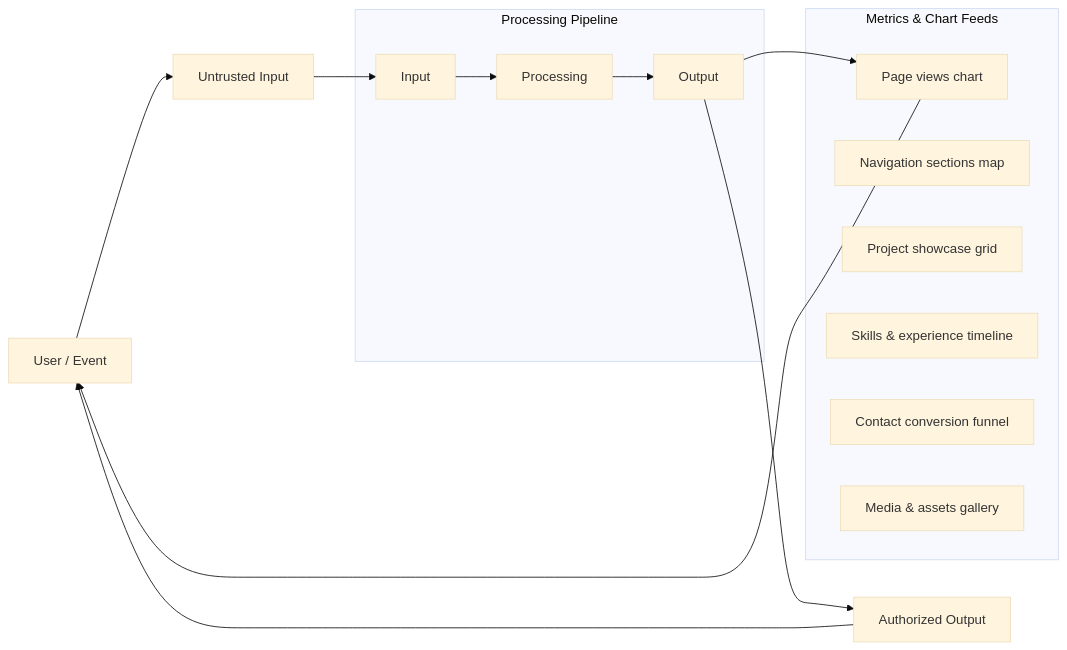
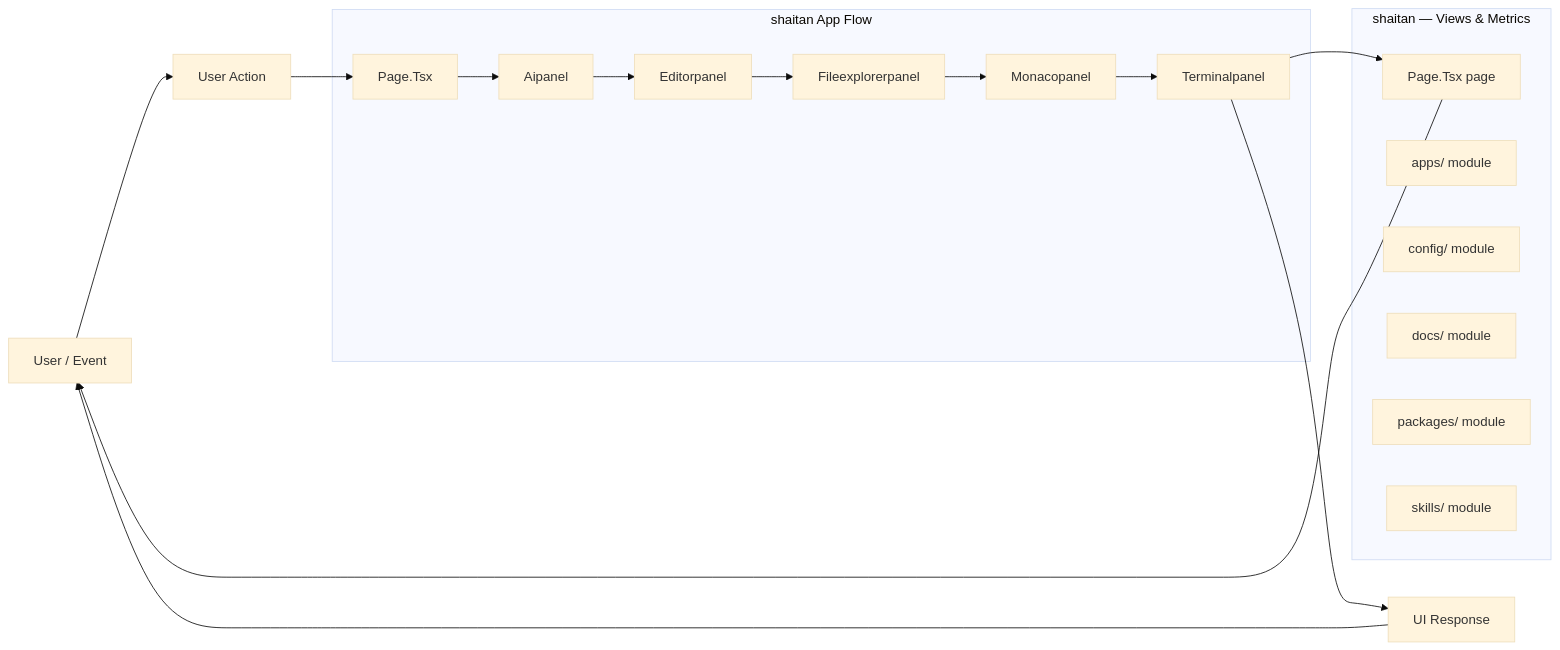
The second of 4 diagrams in README.md (Punyamittal/shaitan), drawn with Mermaid (base theme) before and after one commit. The commit also changed other lines of this file, not shown here.

````diff
--- a/README.md
+++ b/README.md
@@ -330,27 +334,33 @@
 ```mermaid
 flowchart LR
-    U["User / Event"] --> IN["Untrusted Input"]
+    U["User / Event"] --> IN["User Action"]
 
-    subgraph Pipeline["Processing Pipeline"]
-        p0["Input"]
-        p1["Processing"]
-        p2["Output"]
+    subgraph Pipeline["shaitan App Flow"]
+        p0["Page.Tsx"]
+        p1["Aipanel"]
+        p2["Editorpanel"]
+        p3["Fileexplorerpanel"]
+        p4["Monacopanel"]
+        p5["Terminalpanel"]
         p0 --> p1
         p1 --> p2
+        p2 --> p3
+        p3 --> p4
+        p4 --> p5
     end
 
-    subgraph Metrics["Metrics & Chart Feeds"]
-        page_views["Page views chart"]
-        nav_sections["Navigation sections map"]
-        project_showcase["Project showcase grid"]
-        skills_timeline["Skills & experience timeline"]
-        contact_funnel["Contact conversion funnel"]
-        media_gallery["Media & assets gallery"]
+    subgraph Metrics["shaitan — Views & Metrics"]
+        page_tsx["Page.Tsx page"]
+        apps["apps/ module"]
+        config["config/ module"]
+        docs["docs/ module"]
+        packages["packages/ module"]
+        skills["skills/ module"]
     end
 
     IN --> p0
-    p2 --> OUT["Authorized Output"]
+    p5 --> OUT["UI Response"]
     OUT --> U
-    p2 --> page_views
-    page_views --> U
+    p5 --> page_tsx
+    page_tsx --> U
 ```
````
